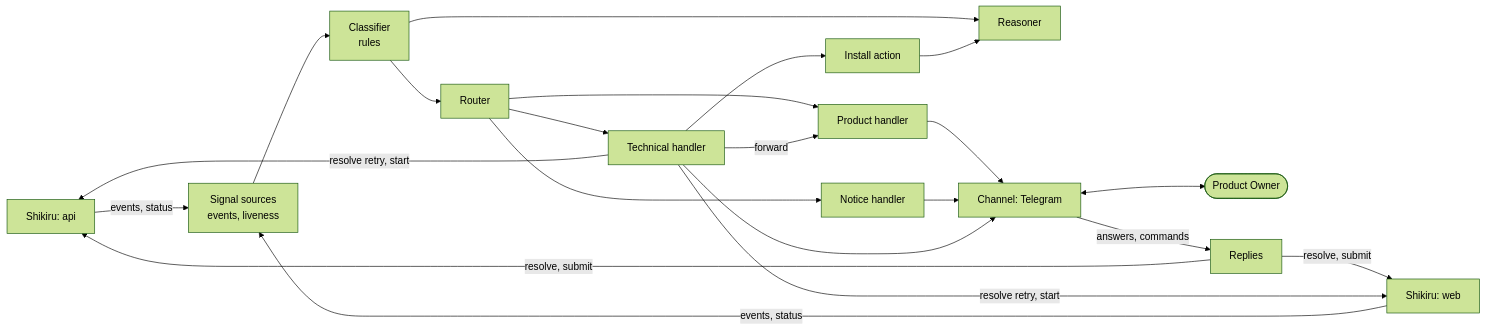
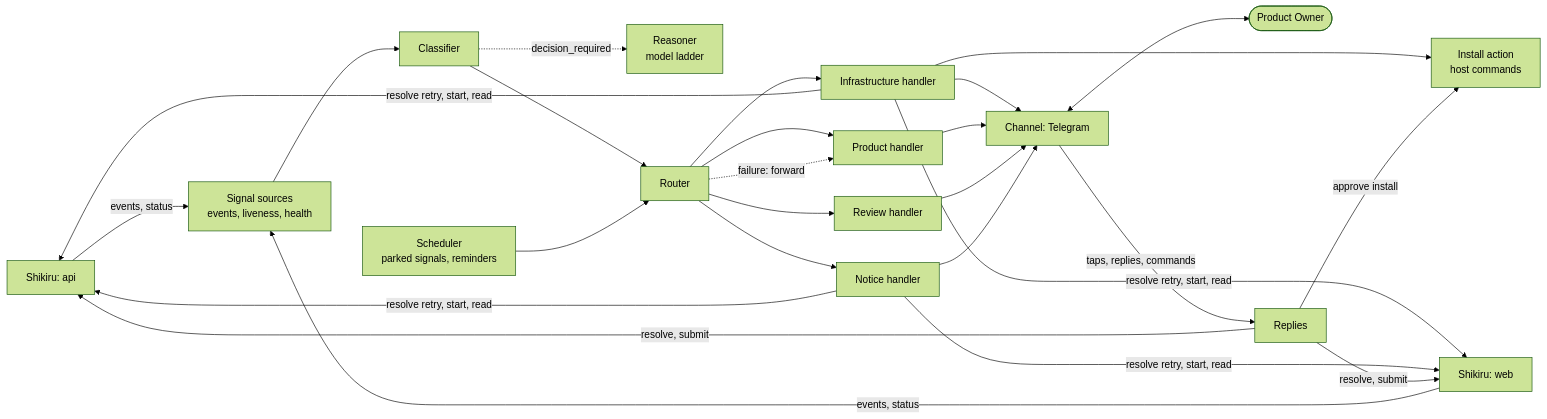
Before and after one commit to ferrum-code-dev/shikiri-yaku: the diagram in docs/design.md, drawn with Mermaid (forest theme). The commit also changed other lines of this file and 2 other files, not shown here.

First line of the commit message:
Add extensions, review handler, Reasoner ladder and clean-stop rule

````diff
--- a/docs/design.md
+++ b/docs/design.md
@@ -35,17 +36,20 @@
 ```mermaid
 flowchart LR
-  SH1[Shikiru: api] & SH2[Shikiru: web] -->|events, status| SRC[Signal sources<br/>events, liveness]
-  SRC --> C[Classifier<br/>rules]
-  C --> R[Router]
-  R --> TH[Technical handler]
+  SH1[Shikiru: api] & SH2[Shikiru: web] -->|events, status| SRC[Signal sources<br/>events, liveness, health]
+  SRC --> CL[Classifier]
+  CL -.->|decision_required| RS[Reasoner<br/>model ladder]
+  CL --> R[Router]
+  SCH[Scheduler<br/>parked signals, reminders] --> R
+  R --> IH[Infrastructure handler]
   R --> PH[Product handler]
+  R --> RH[Review handler]
   R --> NH[Notice handler]
-  TH -->|forward| PH
-  TH --> X[Install action]
-  C & X --> RS[Reasoner]
-  PH & NH & TH --> CH[Channel: Telegram]
+  R -.->|failure: forward| PH
+  IH --> IA[Install action<br/>host commands]
+  IH & NH -->|resolve retry, start, read| SH1 & SH2
+  IH & PH & RH & NH --> CH[Channel: Telegram]
   CH <--> PO([Product Owner])
-  CH -->|answers, commands| A[Replies]
-  A -->|resolve, submit| SH1 & SH2
-  TH -->|resolve retry, start| SH1 & SH2
+  CH -->|taps, replies, commands| RP[Replies]
+  RP -->|resolve, submit| SH1 & SH2
+  RP -->|approve install| IA
 ```
````
